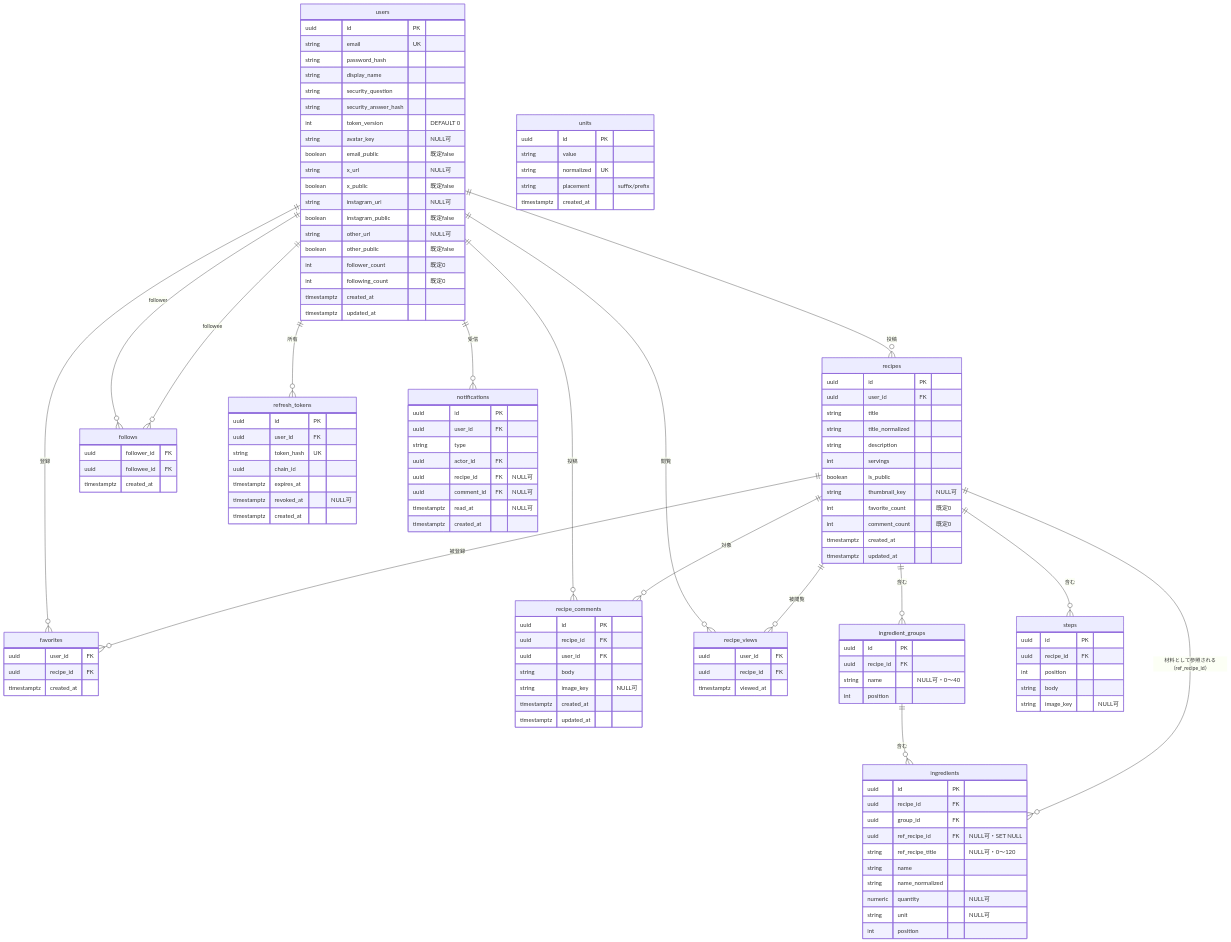
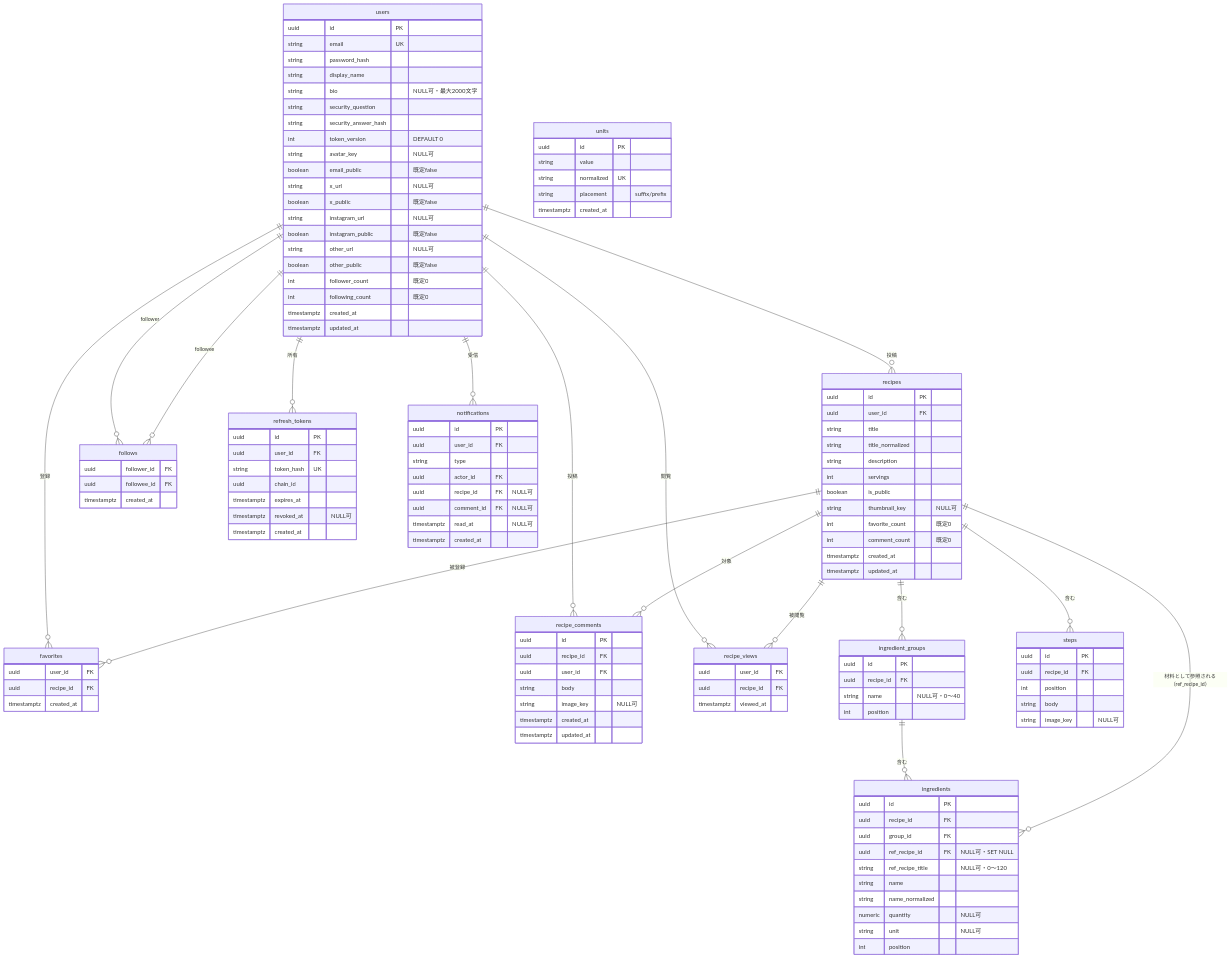
The diagram in docs/requirements/data-model.md (yamamotonaoki3/Recipi), drawn with Mermaid before and after one commit. The commit also changed other lines of this file and 12 other files, not shown here.

```diff
--- a/docs/requirements/data-model.md
+++ b/docs/requirements/data-model.md
@@ -29,6 +29,7 @@
         string email UK
         string password_hash
         string display_name
+        string bio "NULL可・最大2000文字"
         string security_question
         string security_answer_hash
         int token_version "DEFAULT 0"
```
